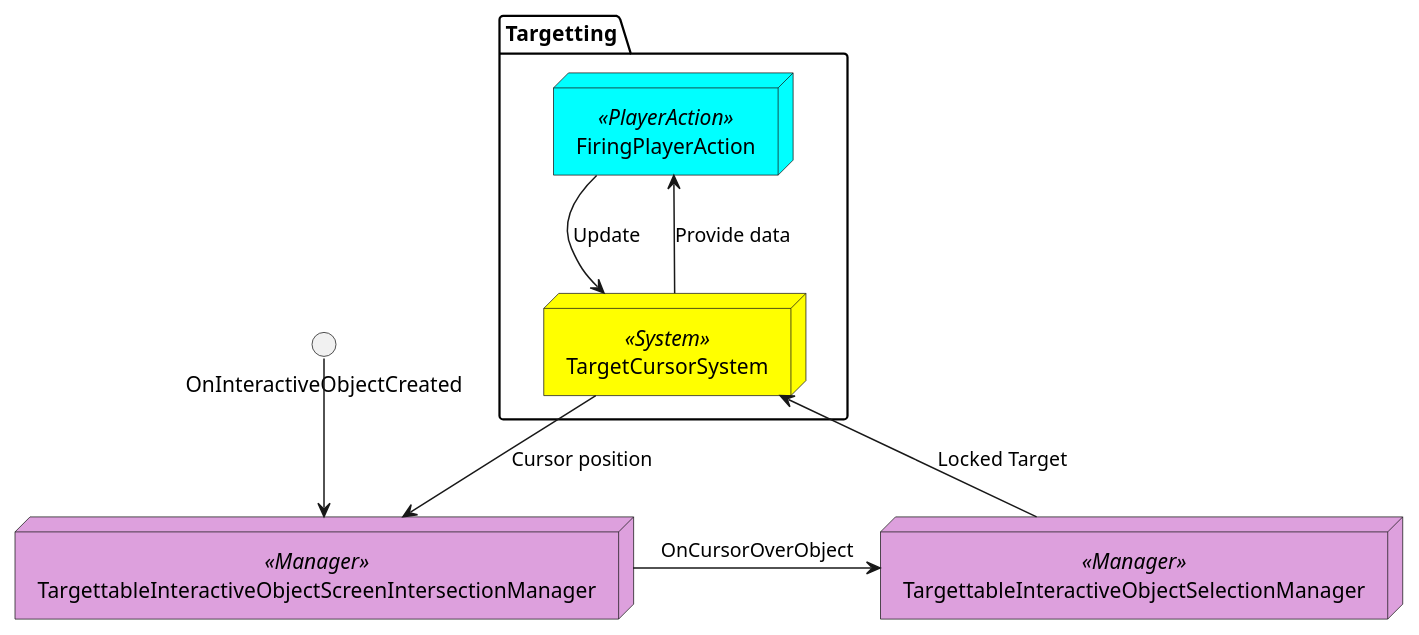
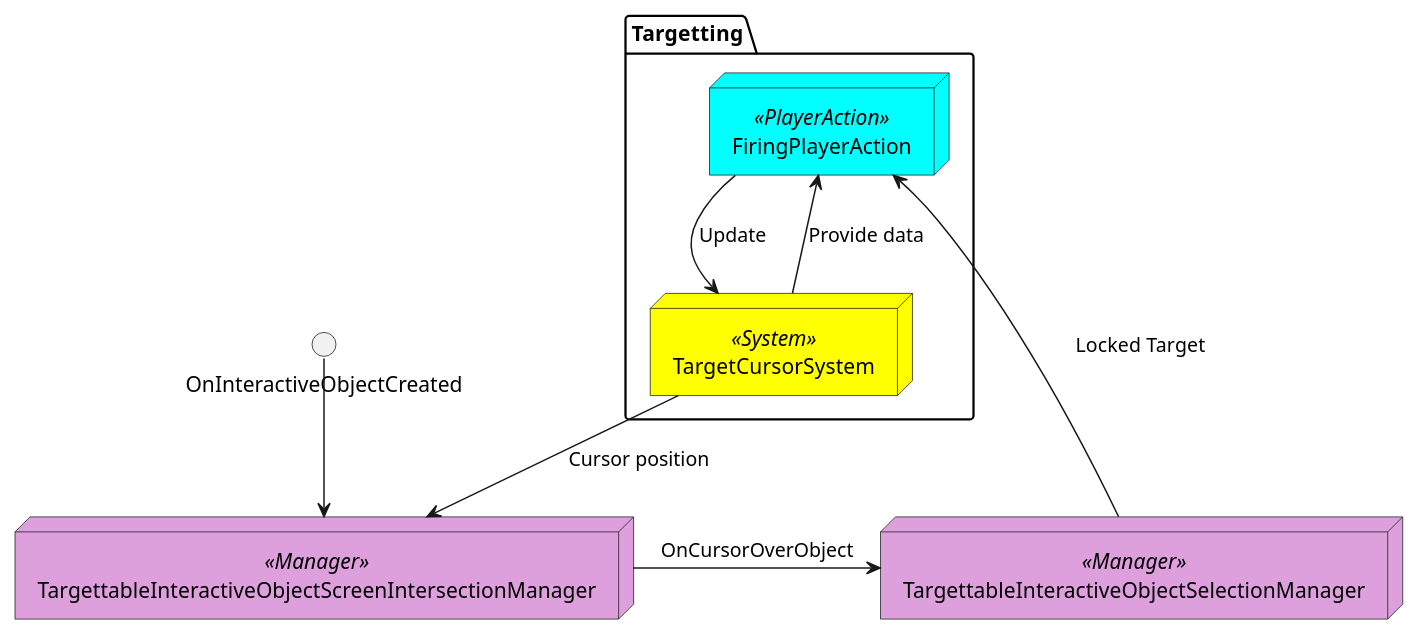
The diagram in Assets/Undefined/Logic/Targetting/Targetting.md (ldalzotto/ProjectUndefined-Prototype), drawn with PlantUML before and after one commit. The commit also changed 9 other files, not shown here.

Commit message:
FEATURE - InteractiveObject targetting

`````diff
--- a/Assets/Undefined/Logic/Targetting/Targetting.md
+++ b/Assets/Undefined/Logic/Targetting/Targetting.md
@@ -14,27 +14,27 @@
 ````puml
 @startuml
 skinparam node {
     backgroundColor<<InteractiveObject>> orange
     backgroundColor<<System>> yellow
     backgroundColor<<PlayerAction>> cyan
     backgroundColor<<Manager>> plum
 }
 
 package Targetting {
     node FiringPlayerAction <<PlayerAction>>
     node TargetCursorSystem <<System>>
 }
 
     node TargettableInteractiveObjectScreenIntersectionManager <<Manager>>
 node TargettableInteractiveObjectSelectionManager <<Manager>>
 interface OnInteractiveObjectCreated
 
 FiringPlayerAction --> TargetCursorSystem : Update
 TargetCursorSystem --> FiringPlayerAction : Provide data
 
 OnInteractiveObjectCreated --> TargettableInteractiveObjectScreenIntersectionManager
 TargetCursorSystem --> TargettableInteractiveObjectScreenIntersectionManager : Cursor position
 TargettableInteractiveObjectScreenIntersectionManager -> TargettableInteractiveObjectSelectionManager : OnCursorOverObject
-TargettableInteractiveObjectSelectionManager --> TargetCursorSystem : Locked Target
+TargettableInteractiveObjectSelectionManager --> FiringPlayerAction : Locked Target
 @enduml
 ````
`````
